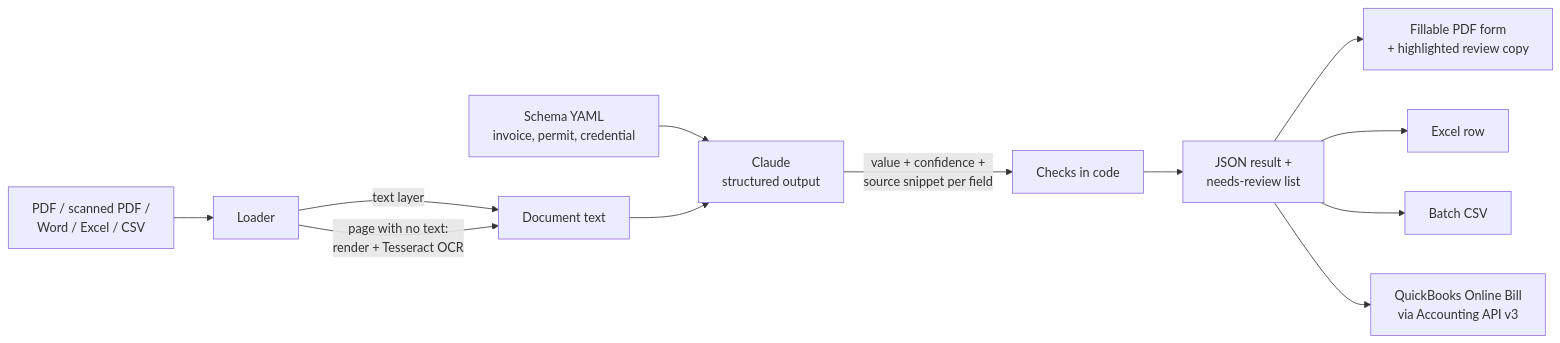
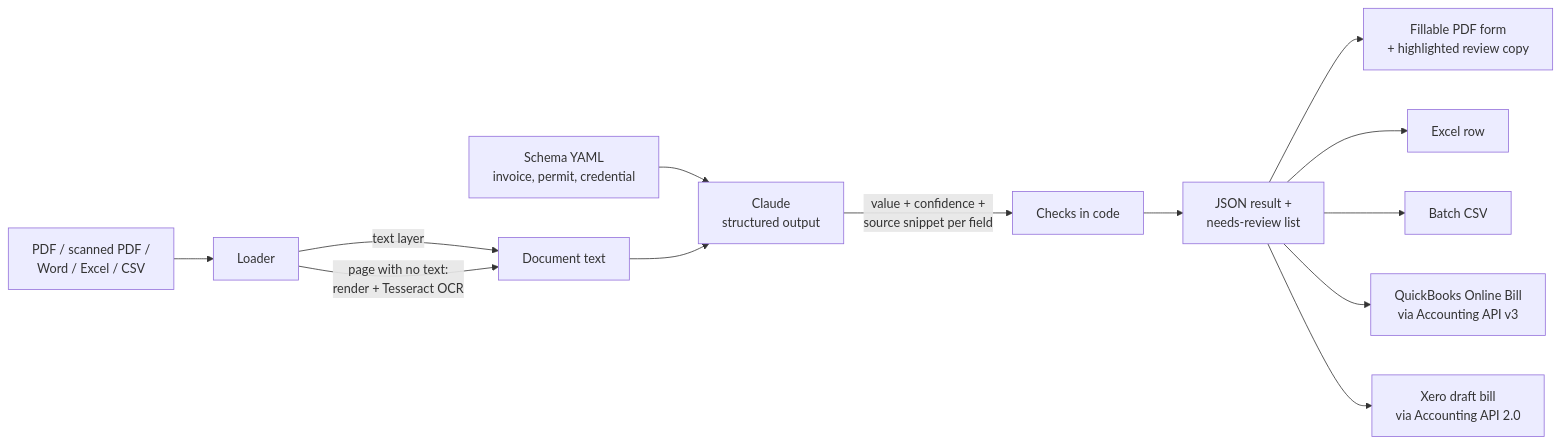
One commit to ParishSynthMind/ai-document-extractor changed the diagram in README.md. Above: the diagram before and after it, drawn with Mermaid. The commit also changed other lines of this file and 18 other files, not shown here.

First line of the commit message:
Xero add-on: invoices to draft Xero bills with duplicate guard and rotating tokens

````diff
--- a/README.md
+++ b/README.md
@@ -11,14 +11,15 @@
 ```mermaid
 flowchart LR
     A[PDF / scanned PDF /<br/>Word / Excel / CSV] --> B[Loader]
     B -->|text layer| C[Document text]
     B -->|page with no text:<br/>render + Tesseract OCR| C
     S[Schema YAML<br/>invoice, permit, credential] --> D
     C --> D[Claude<br/>structured output]
     D -->|value + confidence +<br/>source snippet per field| E[Checks in code]
     E --> F[JSON result +<br/>needs-review list]
     F --> G[Fillable PDF form<br/>+ highlighted review copy]
     F --> H[Excel row]
     F --> I[Batch CSV]
     F --> J[QuickBooks Online Bill<br/>via Accounting API v3]
+    F --> K[Xero draft bill<br/>via Accounting API 2.0]
 ```
````
